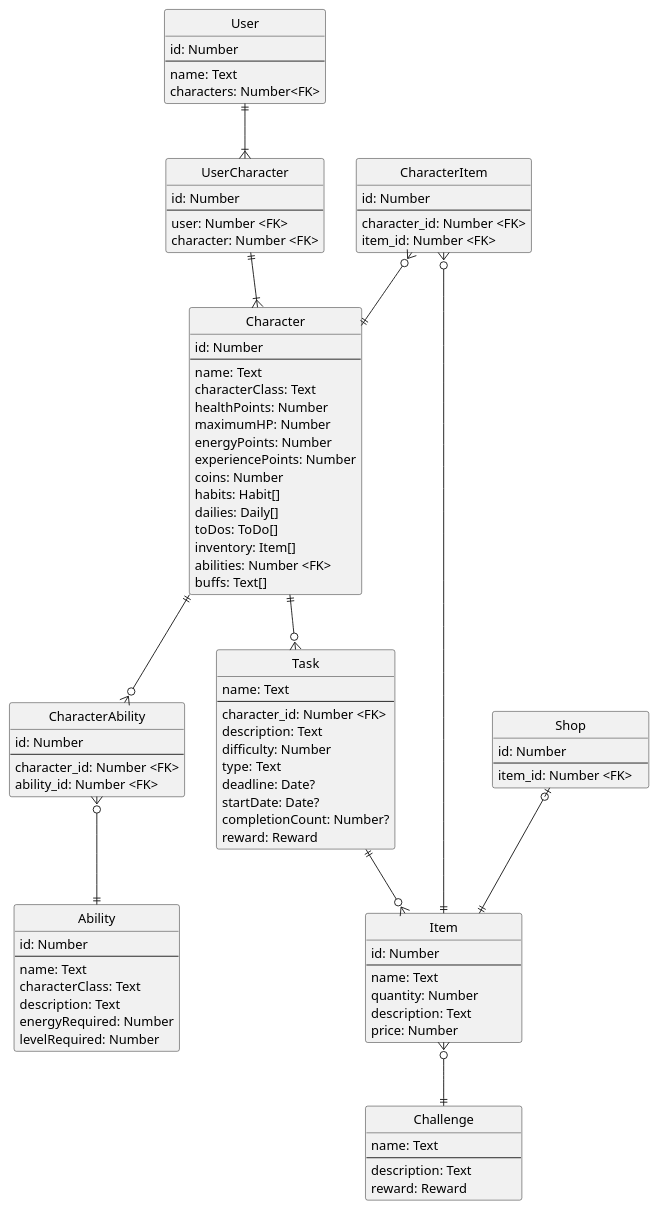
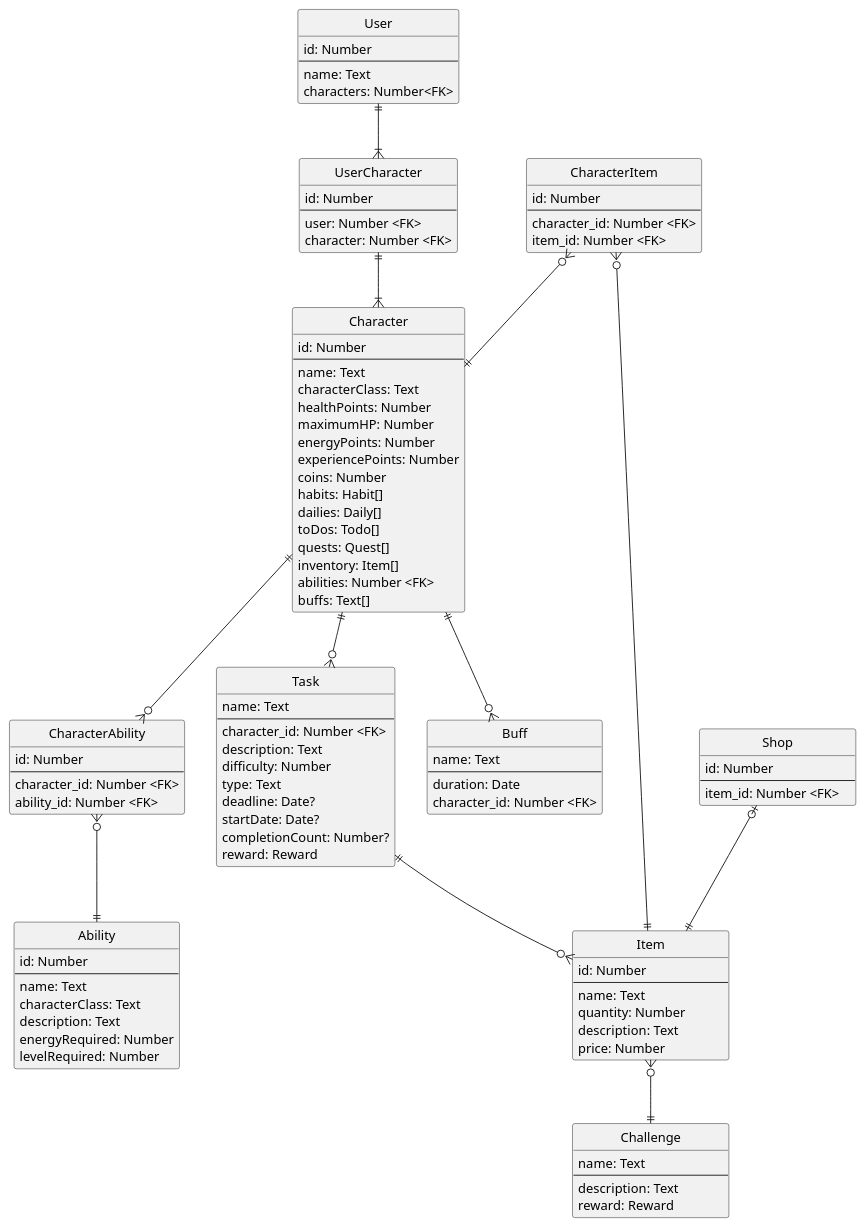
The diagram in diagrams/er.puml (mementomorri/habit_tracker), drawn with PlantUML before and after one commit. The commit also changed 1 other file, not shown here.

```diff
--- a/diagrams/er.puml
+++ b/diagrams/er.puml
@@ -1,109 +1,117 @@
 @startuml er
 
     hide circle
     skinparam minClassWidth 170
 
     Entity User{
         id: Number
         ---
         name: Text
         characters: Number<FK>
     }
 
     Entity UserCharacter{
         id: Number
         ---
         user: Number <FK>
         character: Number <FK>
     }
 
    Entity Character{
        id: Number
        ---
        name: Text
        characterClass: Text
        healthPoints: Number
        maximumHP: Number
        energyPoints: Number
        experiencePoints: Number
        coins: Number
        habits: Habit[]
        dailies: Daily[]
-       toDos: ToDo[]
+       toDos: Todo[]
+       quests: Quest[]
        inventory: Item[]
        abilities: Number <FK>
        buffs: Text[]
    }
 
     Entity Ability{
         id: Number
         ---
         name: Text
         characterClass: Text
         description: Text
         energyRequired: Number
         levelRequired: Number
     }
 
     Entity CharacterAbility{
         id: Number
         ---
         character_id: Number <FK>
         ability_id: Number <FK>
     }
 
     Entity Challenge{
         name: Text
         ---
         description: Text
         reward: Reward
     }
 
     Entity Task{
         name: Text
         ---
         character_id: Number <FK>
         description: Text
         difficulty: Number
         type: Text
         deadline: Date?
         startDate: Date?
         completionCount: Number?
         reward: Reward
     }
 
     Entity Item{
         id: Number
         ---
         name: Text
         quantity: Number
         description: Text
         price: Number
     }
 
     Entity CharacterItem{
         id: Number
         ---
         character_id: Number <FK>
         item_id: Number <FK>
     }
 
     Entity Shop{
         id: Number
         ---
         item_id: Number <FK>
     }
 
+    entity Buff{
+        name: Text
+        ---
+        duration: Date
+        character_id: Number <FK>
+    }
+
 User ||--|{ UserCharacter
 UserCharacter ||--|{ Character
 Character ||--o{ CharacterAbility
 CharacterAbility }o--|| Ability
 Item }o--|| Challenge
 Character ||--o{ Task
 Task ||--o{ Item
 Shop |o--|| Item
 CharacterItem }o--|| Character
 CharacterItem }o--|| Item
-
+Character ||--o{ Buff
 
 @enduml
```
